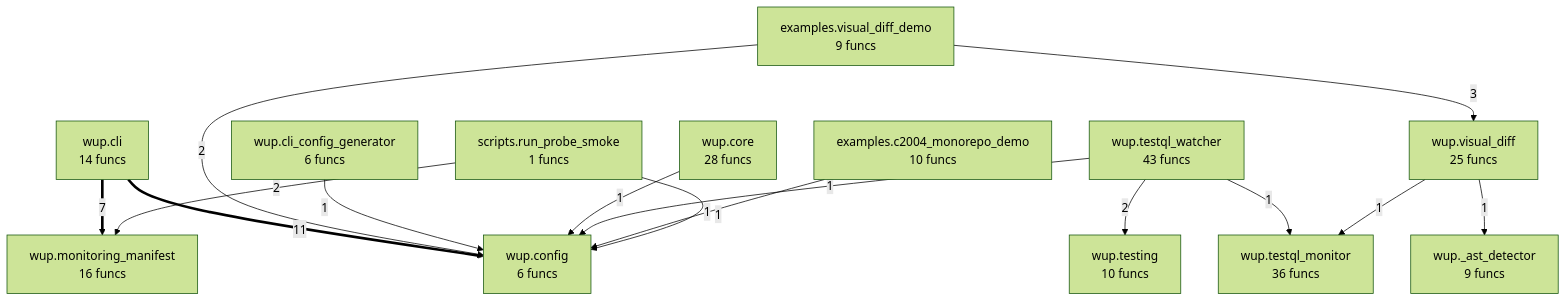
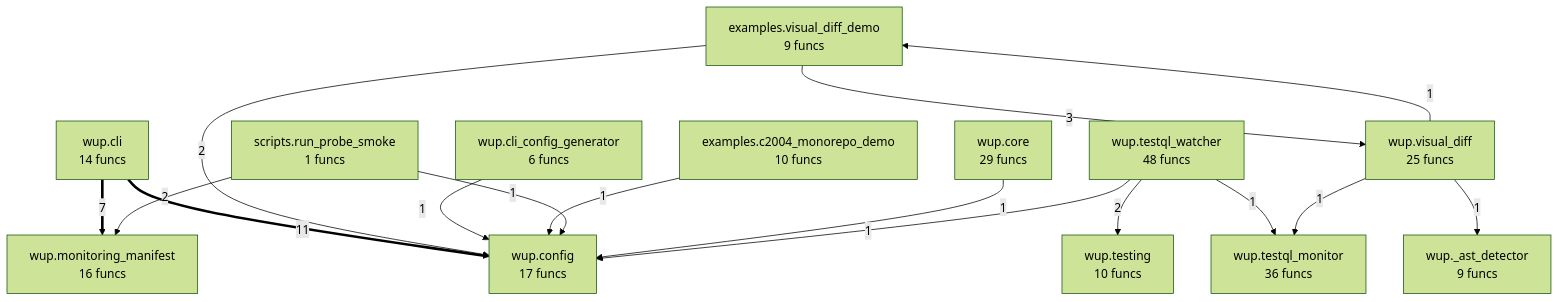
Before and after one commit to semcod/wup: the diagram in project/compact_flow.mmd, drawn with Mermaid (forest theme). The commit also changed 37 other files, not shown here.

```diff
--- a/project/compact_flow.mmd
+++ b/project/compact_flow.mmd
@@ -1,29 +1,30 @@
 flowchart TD
 %% generated in 0.01s
     examples__c2004_monorepo_demo["examples.c2004_monorepo_demo<br/>10 funcs"]
     examples__visual_diff_demo["examples.visual_diff_demo<br/>9 funcs"]
     scripts__run_probe_smoke["scripts.run_probe_smoke<br/>1 funcs"]
     wup___ast_detector["wup._ast_detector<br/>9 funcs"]
     wup__cli["wup.cli<br/>14 funcs"]
     wup__cli_config_generator["wup.cli_config_generator<br/>6 funcs"]
-    wup__config["wup.config<br/>6 funcs"]
-    wup__core["wup.core<br/>28 funcs"]
+    wup__config["wup.config<br/>17 funcs"]
+    wup__core["wup.core<br/>29 funcs"]
     wup__monitoring_manifest["wup.monitoring_manifest<br/>16 funcs"]
     wup__testing["wup.testing<br/>10 funcs"]
     wup__testql_monitor["wup.testql_monitor<br/>36 funcs"]
-    wup__testql_watcher["wup.testql_watcher<br/>43 funcs"]
+    wup__testql_watcher["wup.testql_watcher<br/>48 funcs"]
     wup__visual_diff["wup.visual_diff<br/>25 funcs"]
     wup__cli ==>|11| wup__config
     wup__cli ==>|7| wup__monitoring_manifest
     examples__visual_diff_demo -->|3| wup__visual_diff
-    wup__testql_watcher -->|2| wup__testing
     examples__visual_diff_demo -->|2| wup__config
     scripts__run_probe_smoke -->|2| wup__monitoring_manifest
+    wup__testql_watcher -->|2| wup__testing
     wup__cli_config_generator -->|1| wup__config
+    examples__c2004_monorepo_demo -->|1| wup__config
+    scripts__run_probe_smoke -->|1| wup__config
     wup__core -->|1| wup__config
     wup__testql_watcher -->|1| wup__config
     wup__testql_watcher -->|1| wup__testql_monitor
     wup__visual_diff -->|1| wup__testql_monitor
     wup__visual_diff -->|1| wup___ast_detector
-    examples__c2004_monorepo_demo -->|1| wup__config
-    scripts__run_probe_smoke -->|1| wup__config
+    wup__visual_diff -->|1| examples__visual_diff_demo
```
